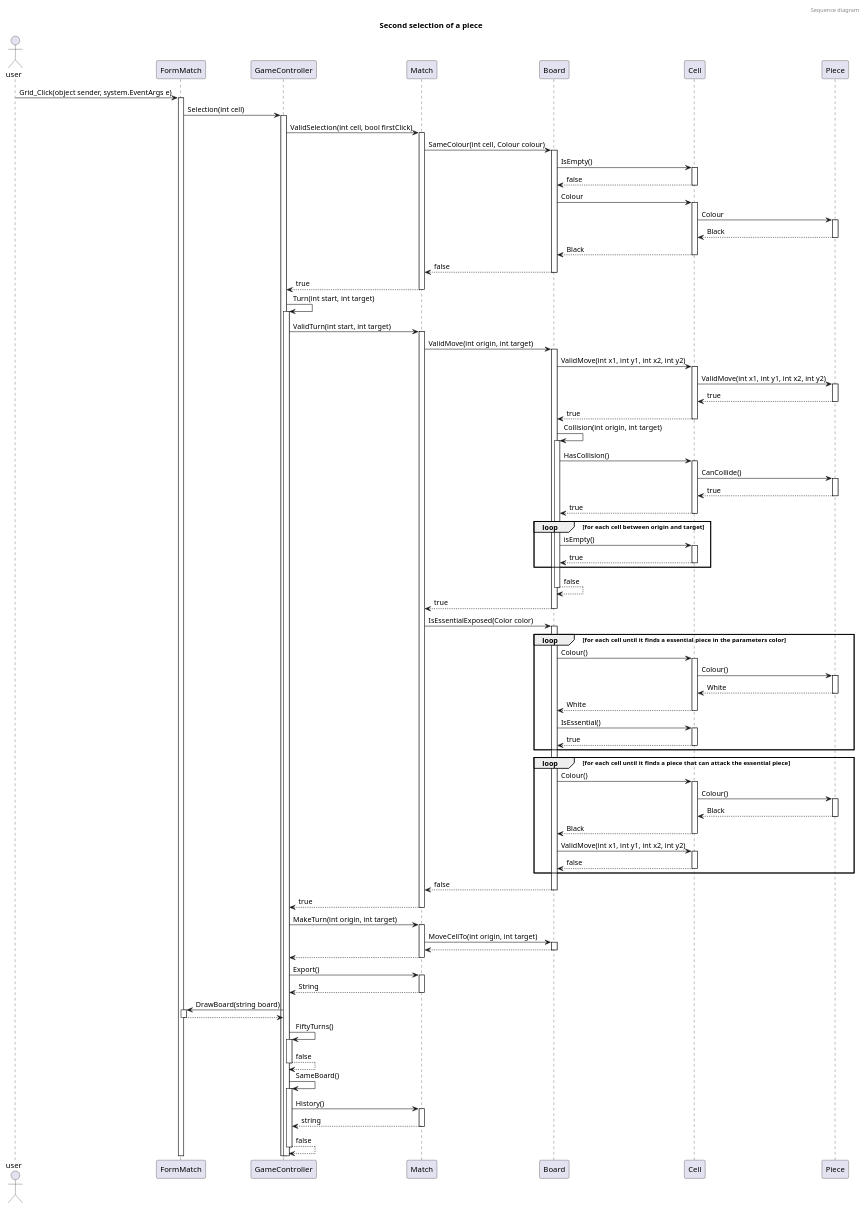
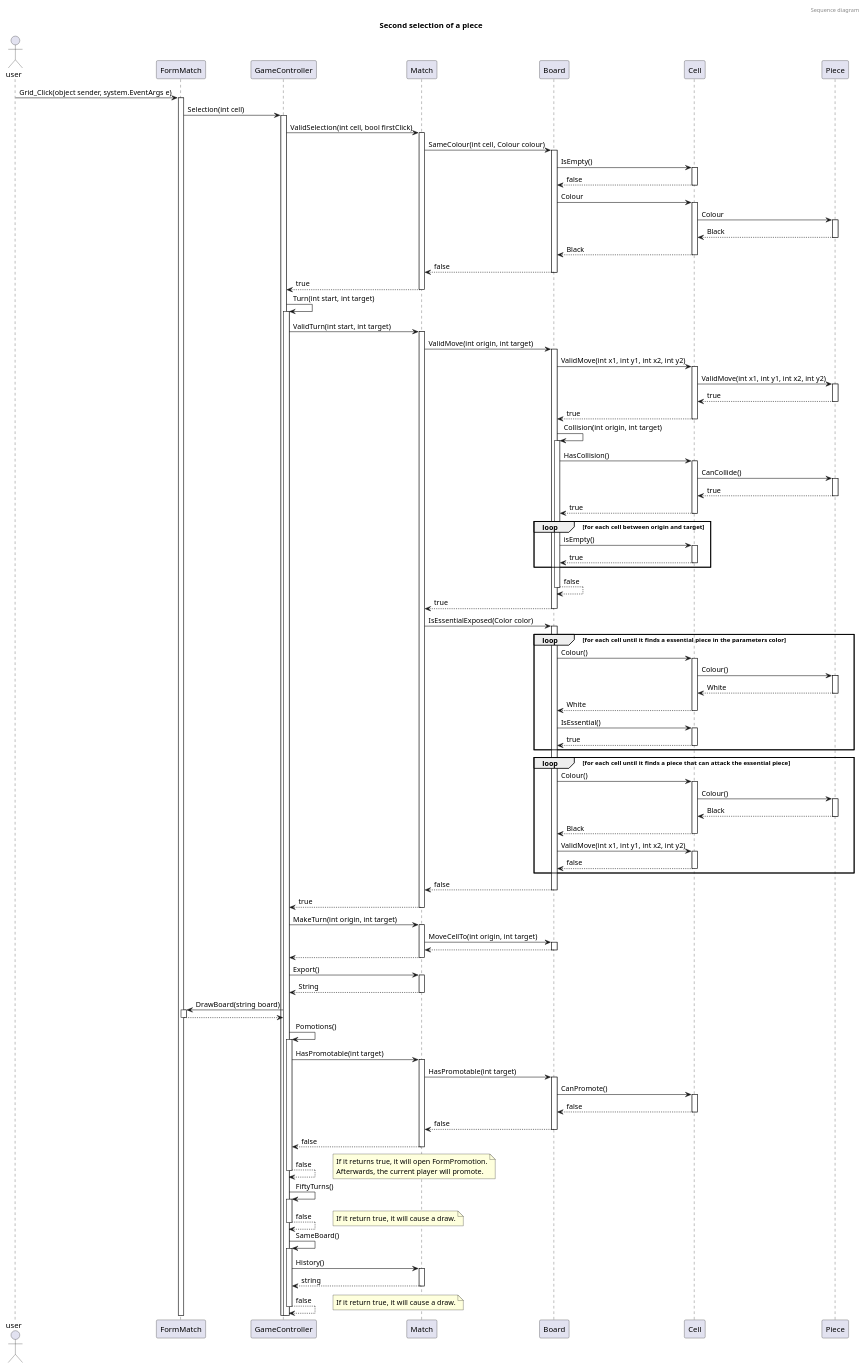
One commit to darkhappy/chess changed the diagram in Diagrams/Sequences/SecondClick.puml. Above: the diagram before and after it, drawn with PlantUML.

Commit message:
Promotion and somes notes

```diff
--- a/Diagrams/Sequences/SecondClick.puml
+++ b/Diagrams/Sequences/SecondClick.puml
@@ -1,100 +1,126 @@
 @startuml first_sequence
 
 header Sequence diagram
 
 title Second selection of a piece 
 
 actor user
 
 '---------'Check if is not the same colour---------'
 user -> FormMatch ++ : Grid_Click(object sender, system.EventArgs e)
 FormMatch -> GameController ++ : Selection(int cell)
 
 GameController -> Match ++: ValidSelection(int cell, bool firstClick)
 
 Match -> Board ++: SameColour(int cell, Colour colour)
 Board -> Cell ++: IsEmpty()
 return false
 
 Board -> Cell ++: Colour
 Cell -> Piece ++: Colour
 return Black
 return Black
 return false
 return true
 
 '---------Check if turn is valid---------'
 GameController -> GameController ++: Turn(int start, int target)
 GameController -> Match ++: ValidTurn(int start, int target)
 
 'Check if move is valid
 Match -> Board ++: ValidMove(int origin, int target)
 Board -> Cell ++: ValidMove(int x1, int y1, int x2, int y2)
 Cell -> Piece ++: ValidMove(int x1, int y1, int x2, int y2)
 return true
 return true
 
 'Check if there are a collision
 Board -> Board ++: Collision(int origin, int target)
 Board -> Cell ++: HasCollision()
 Cell -> Piece ++: CanCollide()
 return true
 return true
 loop for each cell between origin and target
     Board -> Cell ++: isEmpty()
     return true
 end
 return false
 return true
 
 'Check Selfcheck
 Match -> Board ++: IsEssentialExposed(Color color)
 
 loop for each cell until it finds a essential piece in the parameters color
     Board -> Cell ++: Colour()
     Cell -> Piece ++: Colour()
     return White
     return White
     Board -> Cell ++: IsEssential()
     return true
 end
 
 loop for each cell until it finds a piece that can attack the essential piece
     Board -> Cell ++: Colour()
     Cell -> Piece ++: Colour()
     return Black
     return Black
     Board -> Cell ++: ValidMove(int x1, int y1, int x2, int y2)
     return false
 end
 
 return false
 return true
 
 
 'Make the turn (Modals)
 GameController -> Match ++: MakeTurn(int origin, int target)
 Match -> Board ++: MoveCellTo(int origin, int target)
 return
 return
 
 'Make the turn (Views)
 GameController -> Match ++: Export()
 return String
 GameController -> FormMatch ++: DrawBoard(string board)
 return
 
+'TODO Promotion
+GameController -> GameController ++: Pomotions()
+GameController -> Match ++: HasPromotable(int target)
+Match -> Board ++: HasPromotable(int target)
+Board -> Cell ++: CanPromote()
+return false
+return false
+return false
+return false
+
+note right
+    If it returns true, it will open FormPromotion.
+    Afterwards, the current player will promote.
+end note
+
+
+'TODO Check
+'TODO Checkmate
+'TODO Castle
+
+'Check if it make fifty turn
 GameController -> GameController ++: FiftyTurns()
 return false
 
+note right
+    If it return true, it will cause a draw.
+end note
+
+'Check if it make fifty turn
 GameController -> GameController ++: SameBoard()
 GameController -> Match ++: History()
 return string
 return false
 
-'TODO Check
-'TODO Checkmate
-'TODO Castle
-'TODO Promotion
+note right
+    If it return true, it will cause a draw.
+end note
+
 
 @enduml
```
